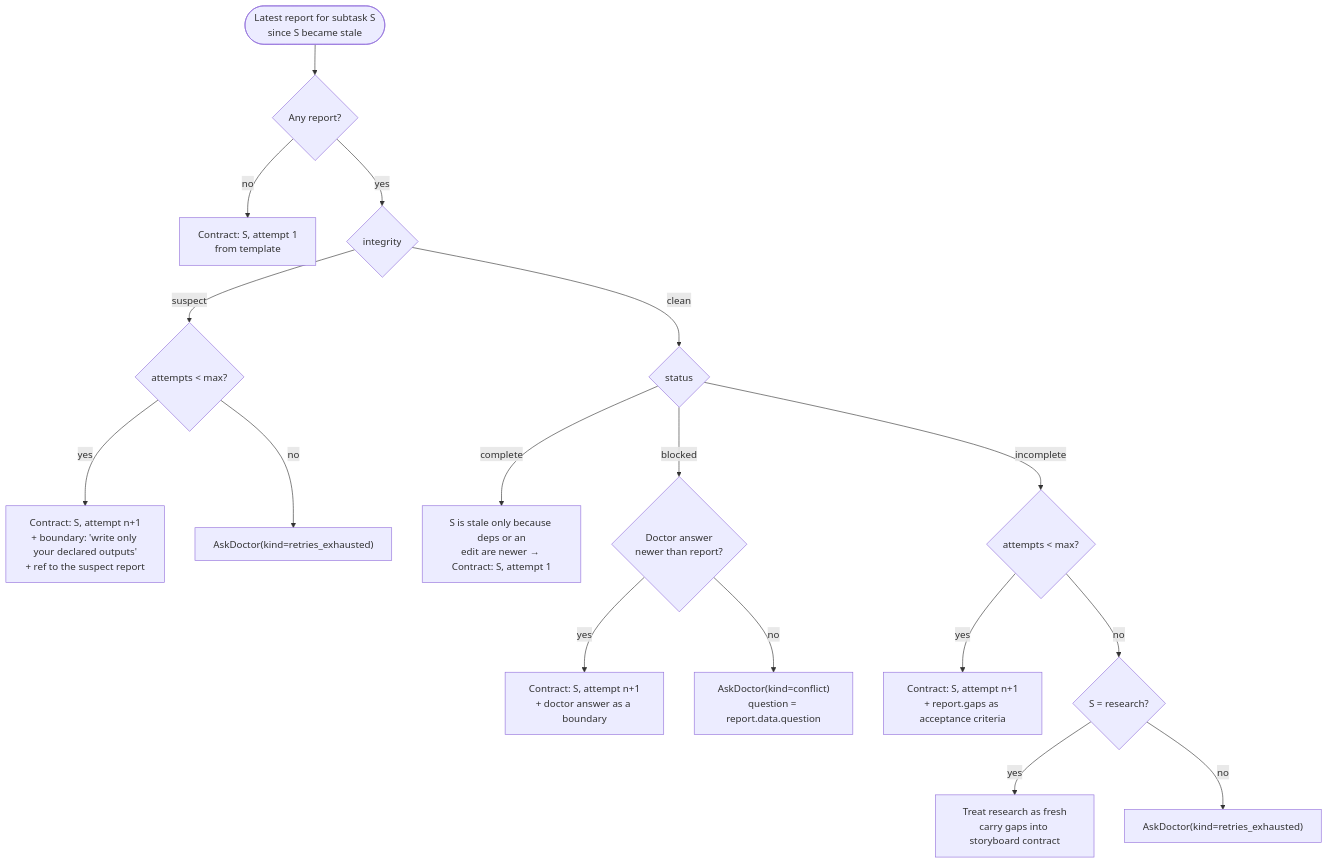
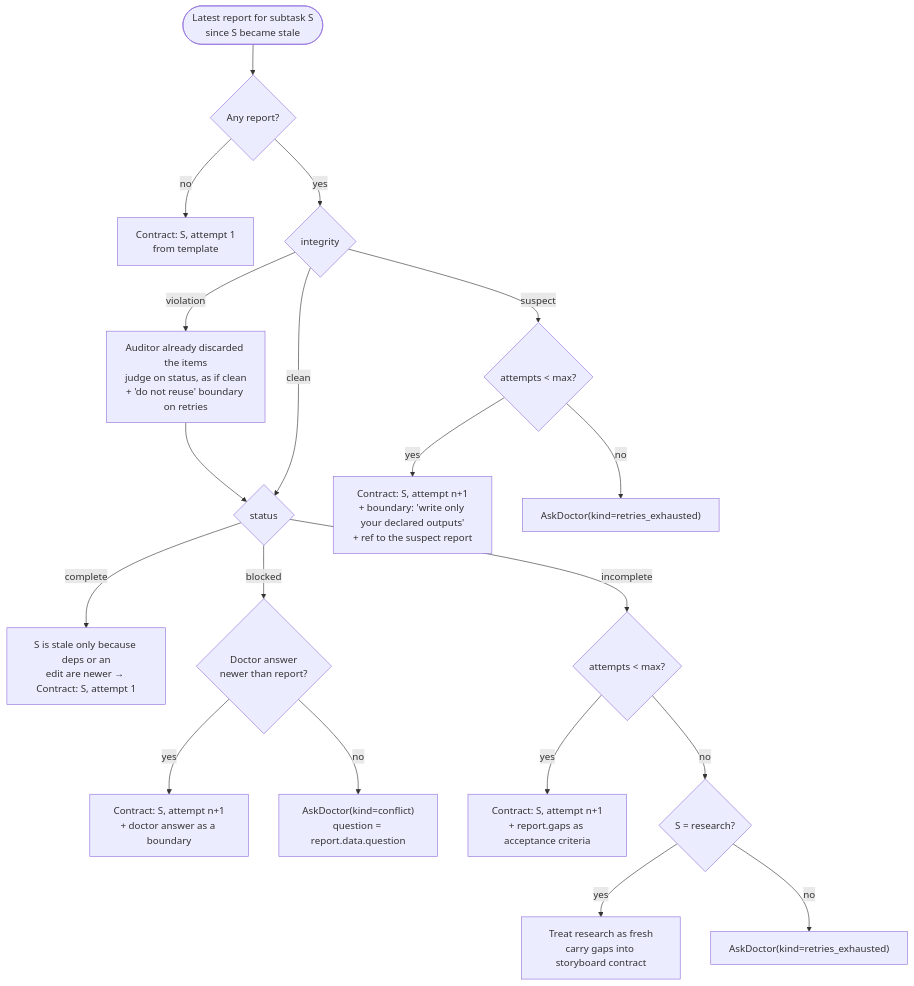
Before and after one commit to Deeraj-G/attend: the third of 4 diagrams in docs/adr/0004-manager-agent-rule-based-scheduler.md, drawn with Mermaid. The commit also changed other lines of this file and 7 other files, not shown here.

````diff
--- a/docs/adr/0004-manager-agent-rule-based-scheduler.md
+++ b/docs/adr/0004-manager-agent-rule-based-scheduler.md
@@ -99,21 +96,23 @@
 ```mermaid
 flowchart TD
     In([Latest report for subtask S<br/>since S became stale]) --> None{"Any report?"}
     None -- no --> New["Contract: S, attempt 1<br/>from template"]
     None -- yes --> Integ{"integrity"}
+    Integ -- violation --> Disc["Auditor already discarded the items<br/>judge on status, as if clean<br/>+ 'do not reuse' boundary on retries"]
+    Disc --> Stat
 
     Integ -- suspect --> SusCap{"attempts < max?"}
     SusCap -- yes --> SusRe["Contract: S, attempt n+1<br/>+ boundary: 'write only your declared outputs'<br/>+ ref to the suspect report"]
     SusCap -- no --> AskS["AskDoctor(kind=retries_exhausted)"]
 
     Integ -- clean --> Stat{"status"}
     Stat -- complete --> Stale["S is stale only because deps or an<br/>edit are newer → Contract: S, attempt 1"]
     Stat -- blocked --> Ans{"Doctor answer<br/>newer than report?"}
     Ans -- yes --> BlkRe["Contract: S, attempt n+1<br/>+ doctor answer as a boundary"]
     Ans -- no --> AskC["AskDoctor(kind=conflict)<br/>question = report.data.question"]
     Stat -- incomplete --> IncCap{"attempts < max?"}
     IncCap -- yes --> IncRe["Contract: S, attempt n+1<br/>+ report.gaps as acceptance criteria"]
     IncCap -- no --> IsRes{"S = research?"}
     IsRes -- yes --> Accept["Treat research as fresh<br/>carry gaps into storyboard contract"]
     IsRes -- no --> AskI["AskDoctor(kind=retries_exhausted)"]
 ```
````
